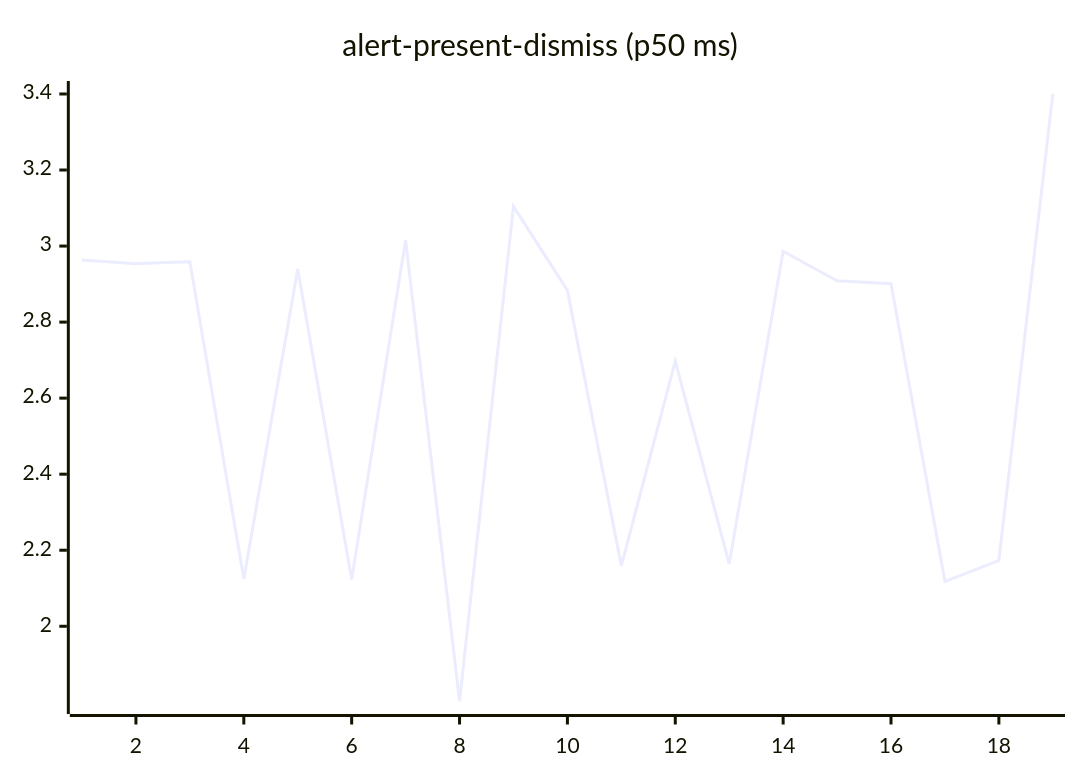
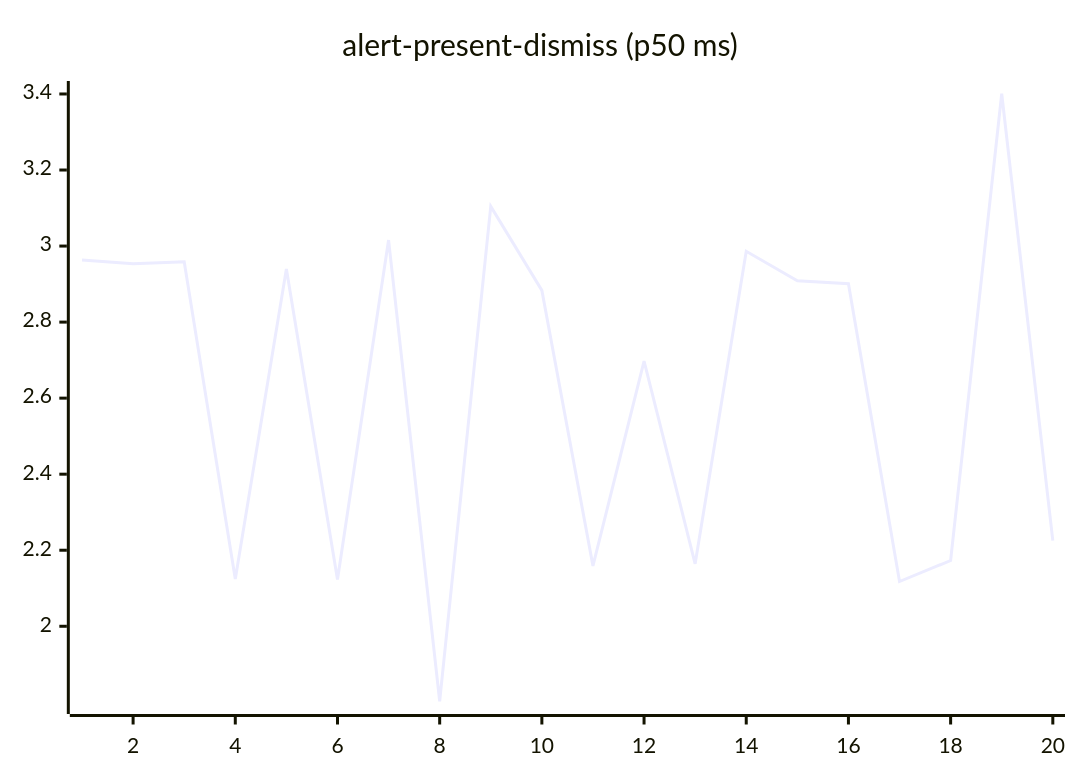
One commit to josha/Facet changed the second of 27 diagrams in README.md. Above: the diagram before and after it, drawn with Mermaid. The commit also changed other lines of this file and 2 other files, not shown here.

````diff
--- a/README.md
+++ b/README.md
@@ -70,6 +70,6 @@
 ```mermaid
 xychart-beta
     title "alert-present-dismiss (p50 ms)"
-    x-axis 1 --> 19
-    line [2.9632, 2.9538, 2.9589, 2.1244, 2.9396, 2.1232, 3.0157, 1.8028, 3.1043, 2.8834, 2.1588, 2.6974, 2.1643, 2.9862, 2.9085, 2.9011, 2.1177, 2.1729, 3.4006]
+    x-axis 1 --> 20
+    line [2.9632, 2.9538, 2.9589, 2.1244, 2.9396, 2.1232, 3.0157, 1.8028, 3.1043, 2.8834, 2.1588, 2.6974, 2.1643, 2.9862, 2.9085, 2.9011, 2.1177, 2.1729, 3.4006, 2.2253]
 ```
````
